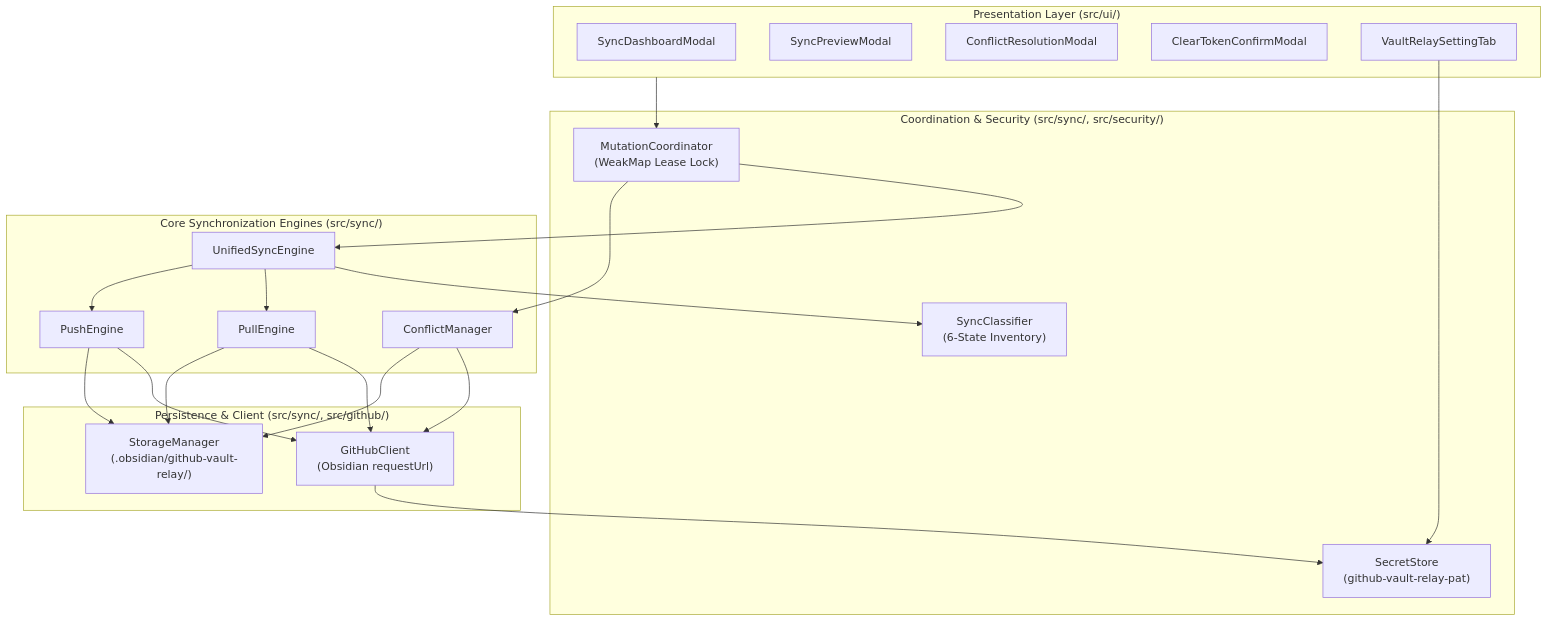
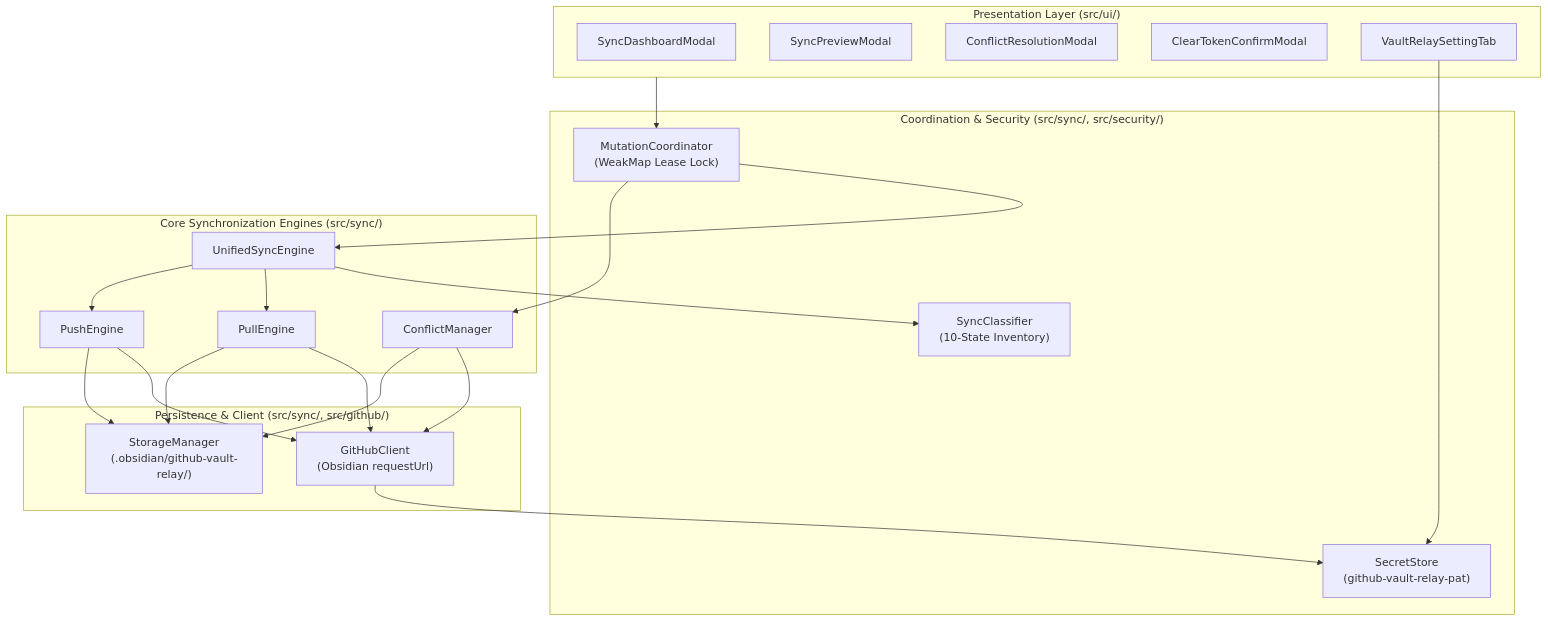
Before and after one commit to ankhang0704/github-vault-relay: the second of 6 diagrams in docs/ARCHITECTURE.md, drawn with Mermaid. The commit also changed other lines of this file and 22 other files, not shown here.

````diff
--- a/docs/ARCHITECTURE.md
+++ b/docs/ARCHITECTURE.md
@@ -34,43 +34,43 @@
 ```mermaid
 flowchart TD
     subgraph UI["Presentation Layer (src/ui/)"]
         Dashboard["SyncDashboardModal"]
         Preview["SyncPreviewModal"]
         ConflictModal["ConflictResolutionModal"]
         TokenModal["ClearTokenConfirmModal"]
         SettingsTab["VaultRelaySettingTab"]
     end
 
     subgraph Coordination["Coordination & Security (src/sync/, src/security/)"]
         Coordinator["MutationCoordinator\n(WeakMap Lease Lock)"]
         SecretStore["SecretStore\n(github-vault-relay-pat)"]
-        Classifier["SyncClassifier\n(6-State Inventory)"]
+        Classifier["SyncClassifier\n(10-State Inventory)"]
     end
 
     subgraph Engines["Core Synchronization Engines (src/sync/)"]
         UnifiedEngine["UnifiedSyncEngine"]
         PullEngine["PullEngine"]
         PushEngine["PushEngine"]
         ConflictMgr["ConflictManager"]
     end
 
     subgraph Storage["Persistence & Client (src/sync/, src/github/)"]
         StorageMgr["StorageManager\n(.obsidian/github-vault-relay/)"]
         Client["GitHubClient\n(Obsidian requestUrl)"]
     end
 
     UI --> Coordinator
     SettingsTab --> SecretStore
     Coordinator --> UnifiedEngine
     Coordinator --> ConflictMgr
     UnifiedEngine --> Classifier
     UnifiedEngine --> PullEngine
     UnifiedEngine --> PushEngine
     PullEngine --> Client
     PushEngine --> Client
     ConflictMgr --> Client
     PullEngine --> StorageMgr
     PushEngine --> StorageMgr
     ConflictMgr --> StorageMgr
     Client --> SecretStore
 ```
````
